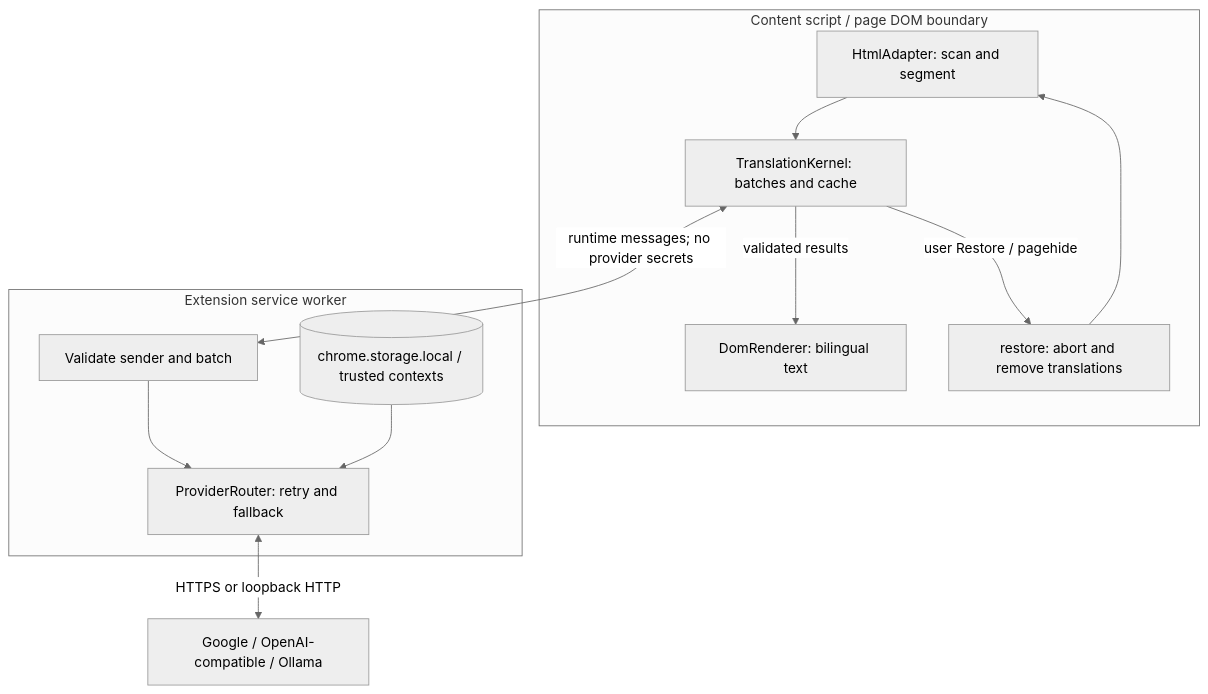
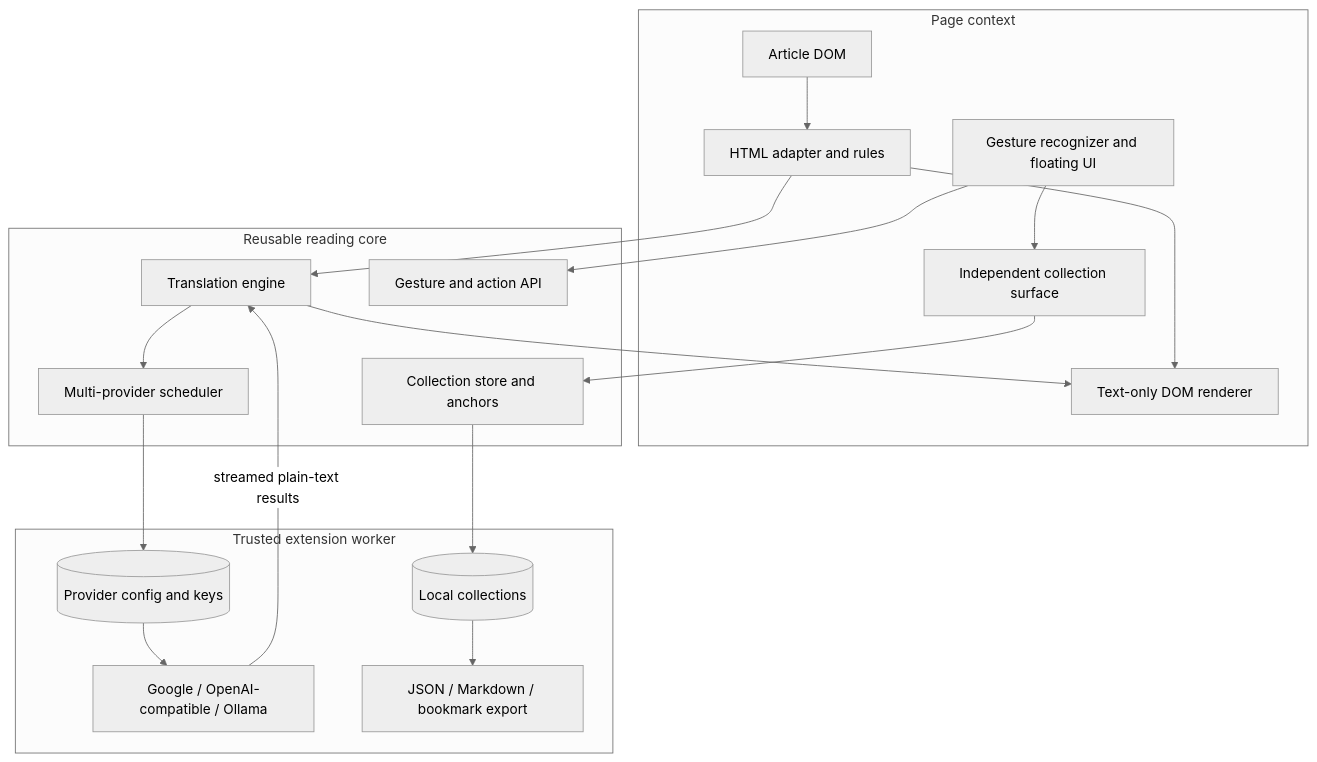
One commit to styayur/ogleans changed the diagram in README.md. Above: the diagram before and after it, drawn with Mermaid (neutral theme). The commit also changed other lines of this file and 89 other files, not shown here.

First line of the commit message:
feat: Ogleans v0.2.0-alpha.1 reading core (#25)

````diff
--- a/README.md
+++ b/README.md
@@ -116,21 +29,38 @@
 ```mermaid
 flowchart TB
-  subgraph page[Content script / page DOM boundary]
-    DOM[HtmlAdapter: scan and segment]
-    Kernel[TranslationKernel: batches and cache]
-    Render[DomRenderer: bilingual text]
-    Restore[restore: abort and remove translations]
-    DOM --> Kernel
-    Kernel -->|validated results| Render
-    Kernel -->|user Restore / pagehide| Restore --> DOM
+  subgraph page[Page context]
+    DOM[Article DOM]
+    Adapter[HTML adapter and rules]
+    Gesture[Gesture recognizer and floating UI]
+    CollectionUI[Independent collection surface]
+    Renderer[Text-only DOM renderer]
+    DOM --> Adapter
+    Adapter --> Renderer
+    Gesture --> CollectionUI
   end
-  subgraph worker[Extension service worker]
-    Guard[Validate sender and batch]
-    Router[ProviderRouter: retry and fallback]
-    Config[(chrome.storage.local / trusted contexts)]
-    Guard --> Router
-    Config --> Router
+
+  subgraph core[Reusable reading core]
+    Engine[Translation engine]
+    Scheduler[Multi-provider scheduler]
+    Store[Collection store and anchors]
+    GestureAPI[Gesture and action API]
+    Adapter --> Engine
+    Engine --> Scheduler
+    Gesture --> GestureAPI
+    CollectionUI --> Store
   end
-  Kernel <-->|runtime messages; no provider secrets| Guard
-  Router <-->|HTTPS or loopback HTTP| Providers[Google / OpenAI-compatible / Ollama]
+
+  subgraph worker[Trusted extension worker]
+    Config[(Provider config and keys)]
+    Providers[Google / OpenAI-compatible / Ollama]
+    Local[(Local collections)]
+    Exports[JSON / Markdown / bookmark export]
+    Scheduler --> Config
+    Config --> Providers
+    Store --> Local
+    Local --> Exports
+  end
+
+  Engine --> Renderer
+  Providers -->|streamed plain-text results| Engine
 ```
````
